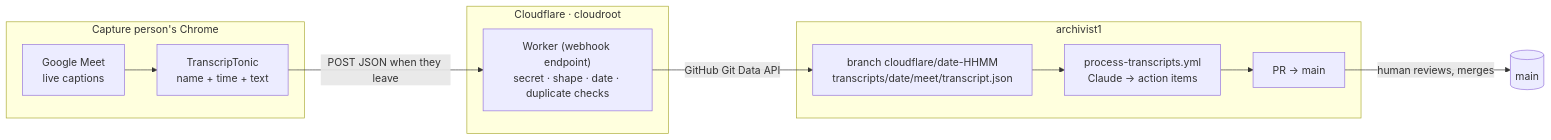
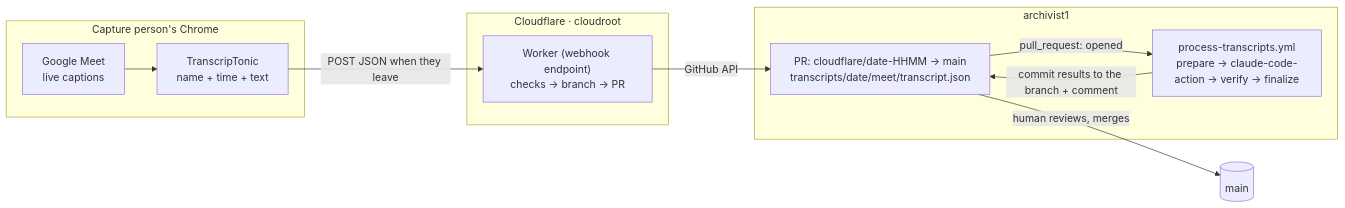
Before and after one commit to ravi-p-k-1/cloudroot: the first of 2 diagrams in transcript-intake/PLAN.md, drawn with Mermaid. The commit also changed other lines of this file, not shown here.

First line of the commit message:
transcript-intake: update PLAN.md - Worker now opens the PR, archivist1 moves to claude-code-action

````diff
--- a/transcript-intake/PLAN.md
+++ b/transcript-intake/PLAN.md
@@ -21,15 +21,16 @@
 ```mermaid
 flowchart LR
   subgraph C["Capture person's Chrome"]
     M["Google Meet<br/>live captions"] --> E["TranscripTonic<br/>name + time + text"]
   end
   E -->|"POST JSON when they leave"| W
   subgraph CF["Cloudflare · cloudroot"]
-    W["Worker (webhook endpoint)<br/>secret · shape · date · duplicate checks"]
+    W["Worker (webhook endpoint)<br/>checks → branch → PR"]
   end
-  W -->|"GitHub Git Data API"| B
+  W -->|"GitHub API"| PR
   subgraph AR["archivist1"]
-    B["branch cloudflare/date-HHMM<br/>transcripts/date/meet/transcript.json"] --> P["process-transcripts.yml<br/>Claude → action items"] --> R["PR → main"]
+    PR["PR: cloudflare/date-HHMM → main<br/>transcripts/date/meet/transcript.json"] -->|"pull_request: opened"| J["process-transcripts.yml<br/>prepare → claude-code-action → verify → finalize"]
+    J -->|"commit results to the branch + comment"| PR
   end
-  R -->|"human reviews, merges"| Main[("main")]
+  PR -->|"human reviews, merges"| Main[("main")]
 ```
````
